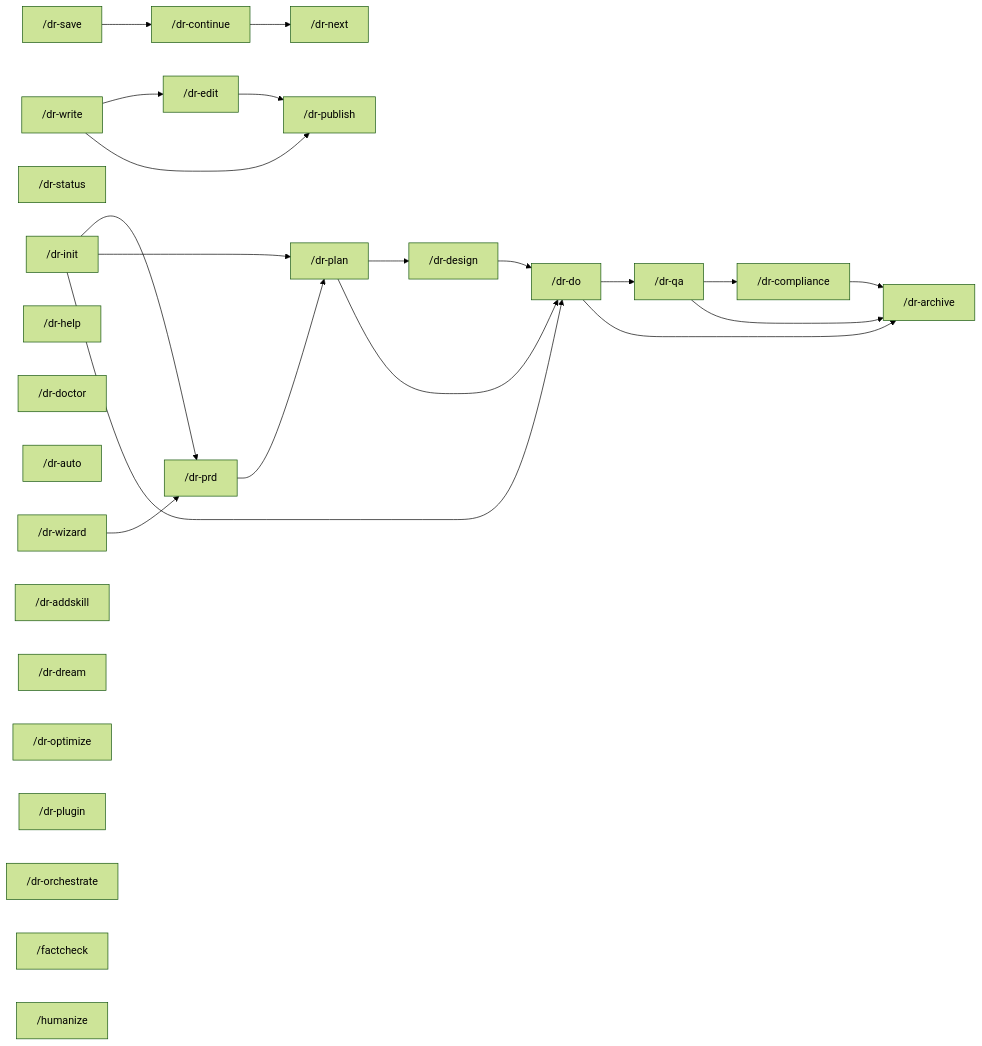
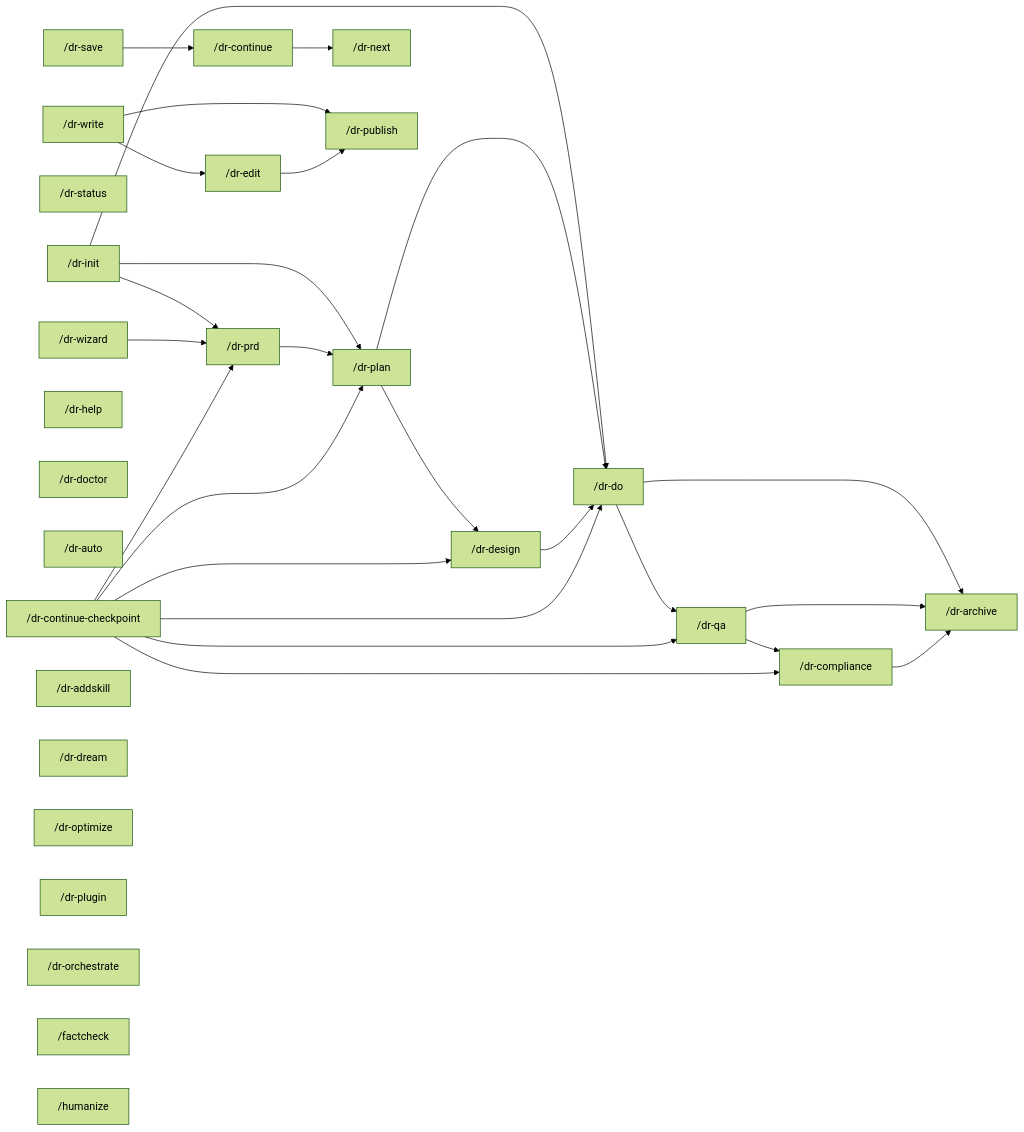
One commit to Arcanada-one/datarim changed the diagram in skills/visual-maps/command-dependencies.md. Above: the diagram before and after it, drawn with Mermaid (forest theme). The commit also changed other lines of this file and 74 other files, not shown here.

````diff
--- a/skills/visual-maps/command-dependencies.md
+++ b/skills/visual-maps/command-dependencies.md
@@ -7,32 +7,38 @@
 ```mermaid
 graph LR
     dr-init["/dr-init"] --> dr-prd["/dr-prd"]
     dr-init["/dr-init"] --> dr-plan["/dr-plan"]
     dr-init["/dr-init"] --> dr-do["/dr-do"]
     dr-prd["/dr-prd"] --> dr-plan["/dr-plan"]
     dr-wizard["/dr-wizard"] --> dr-prd["/dr-prd"]
     dr-plan["/dr-plan"] --> dr-design["/dr-design"]
     dr-plan["/dr-plan"] --> dr-do["/dr-do"]
     dr-design["/dr-design"] --> dr-do["/dr-do"]
     dr-do["/dr-do"] --> dr-qa["/dr-qa"]
     dr-do["/dr-do"] --> dr-archive["/dr-archive"]
     dr-qa["/dr-qa"] --> dr-compliance["/dr-compliance"]
     dr-qa["/dr-qa"] --> dr-archive["/dr-archive"]
     dr-compliance["/dr-compliance"] --> dr-archive["/dr-archive"]
     dr-status["/dr-status"]
     dr-save["/dr-save"] --> dr-continue["/dr-continue"]
     dr-continue["/dr-continue"] --> dr-next["/dr-next"]
+    dr-continue-checkpoint["/dr-continue-checkpoint"] --> dr-prd["/dr-prd"]
+    dr-continue-checkpoint["/dr-continue-checkpoint"] --> dr-design["/dr-design"]
+    dr-continue-checkpoint["/dr-continue-checkpoint"] --> dr-plan["/dr-plan"]
+    dr-continue-checkpoint["/dr-continue-checkpoint"] --> dr-do["/dr-do"]
+    dr-continue-checkpoint["/dr-continue-checkpoint"] --> dr-qa["/dr-qa"]
+    dr-continue-checkpoint["/dr-continue-checkpoint"] --> dr-compliance["/dr-compliance"]
     dr-help["/dr-help"]
     dr-doctor["/dr-doctor"]
     dr-auto["/dr-auto"]
     dr-write["/dr-write"] --> dr-edit["/dr-edit"]
     dr-write["/dr-write"] --> dr-publish["/dr-publish"]
     dr-edit["/dr-edit"] --> dr-publish["/dr-publish"]
     dr-addskill["/dr-addskill"]
     dr-dream["/dr-dream"]
     dr-optimize["/dr-optimize"]
     dr-plugin["/dr-plugin"]
     dr-orchestrate["/dr-orchestrate"]
     factcheck["/factcheck"]
     humanize["/humanize"]
 ```
````
